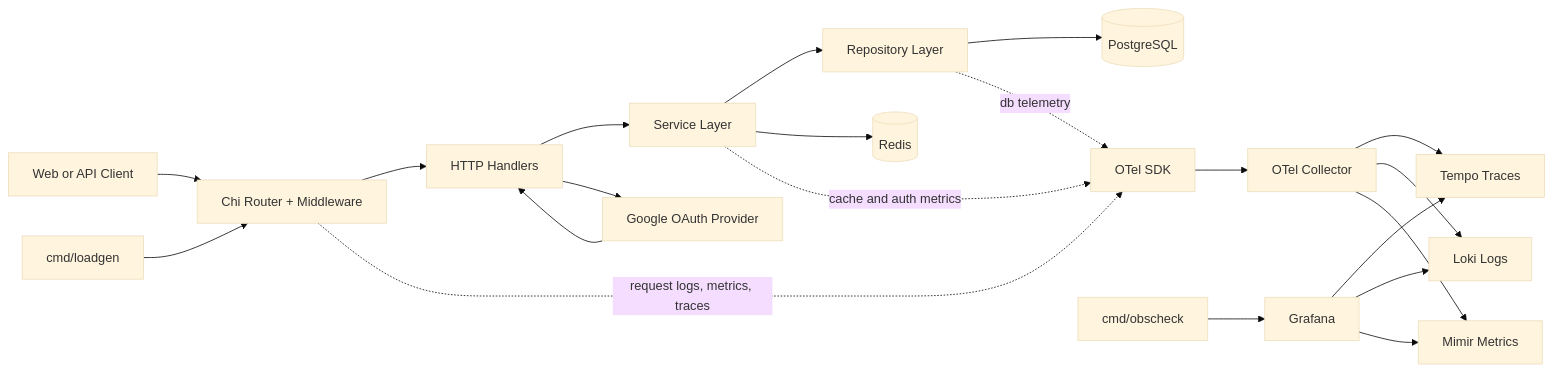
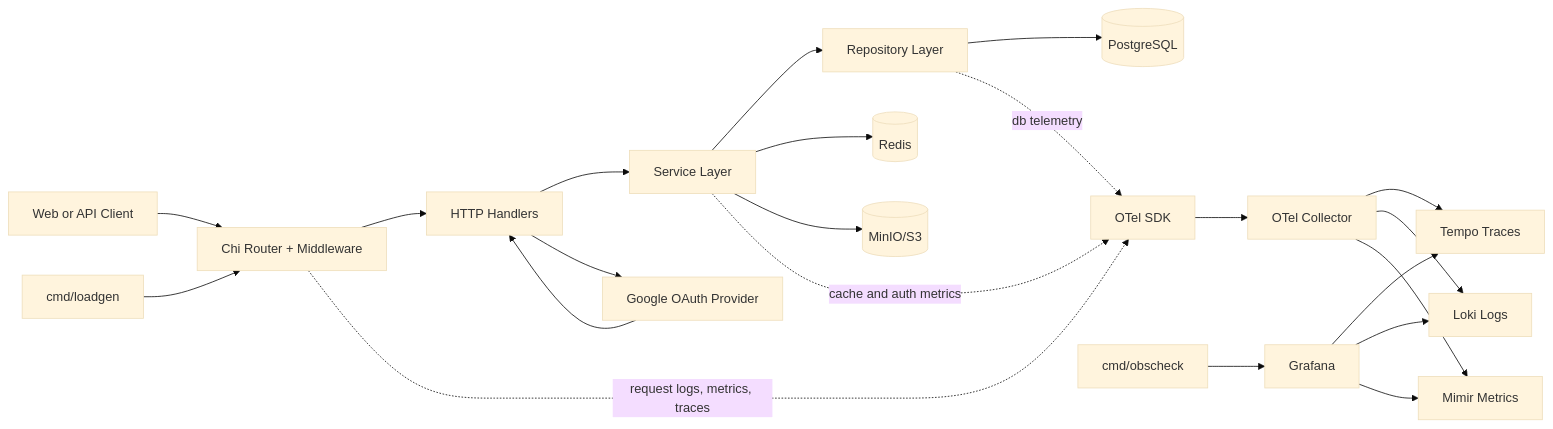
The diagram in README.md (sandeepkv93/everything-backend-starter-kit), drawn with Mermaid (base theme) before and after one commit. The commit also changed other lines of this file and 26 other files, not shown here.

First line of the commit message:
Add MinIO-compatible profile avatar storage flow (#14)

````diff
--- a/README.md
+++ b/README.md
@@ -54,28 +55,29 @@
 ```mermaid
 flowchart LR
     User[Web or API Client] --> Router[Chi Router + Middleware]
     Router --> Handlers[HTTP Handlers]
     Handlers --> Services[Service Layer]
     Services --> Repos[Repository Layer]
     Repos --> DB[(PostgreSQL)]
     Services --> Redis[(Redis)]
+    Services --> MinIO[(MinIO/S3)]
 
     Handlers --> OAuth[Google OAuth Provider]
     OAuth --> Handlers
 
     Router -. request logs, metrics, traces .-> OTelSDK[OTel SDK]
     Services -. cache and auth metrics .-> OTelSDK
     Repos -. db telemetry .-> OTelSDK
 
     OTelSDK --> Collector[OTel Collector]
     Collector --> Tempo[Tempo Traces]
     Collector --> Loki[Loki Logs]
     Collector --> Mimir[Mimir Metrics]
 
     Grafana[Grafana] --> Tempo
     Grafana --> Loki
     Grafana --> Mimir
 
     Loadgen[cmd/loadgen] --> Router
     Obscheck[cmd/obscheck] --> Grafana
 ```
````
